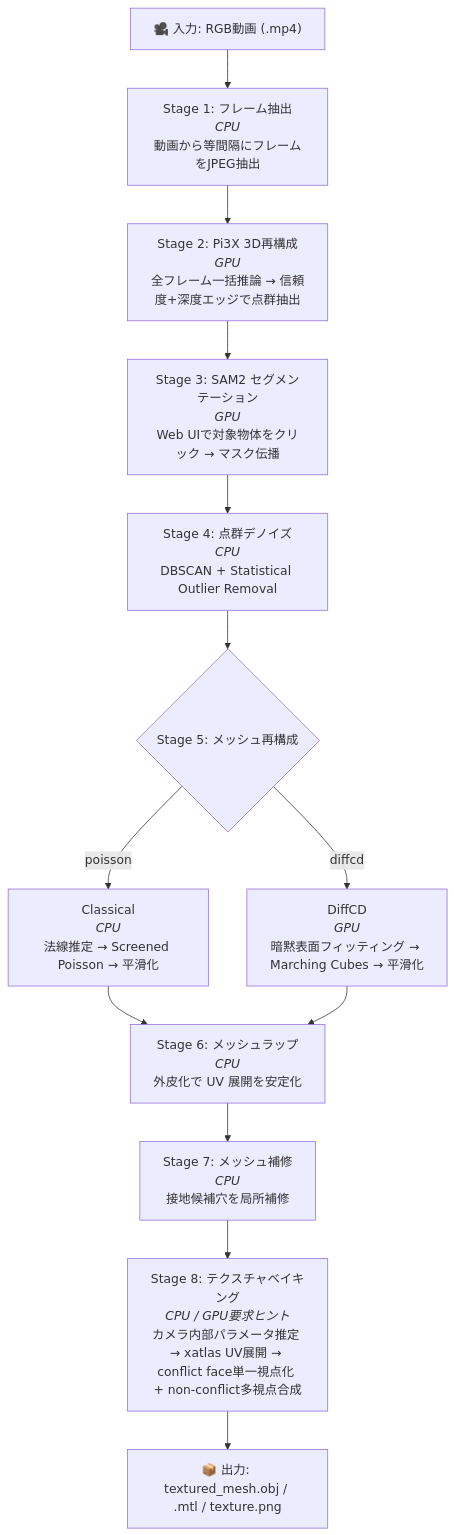
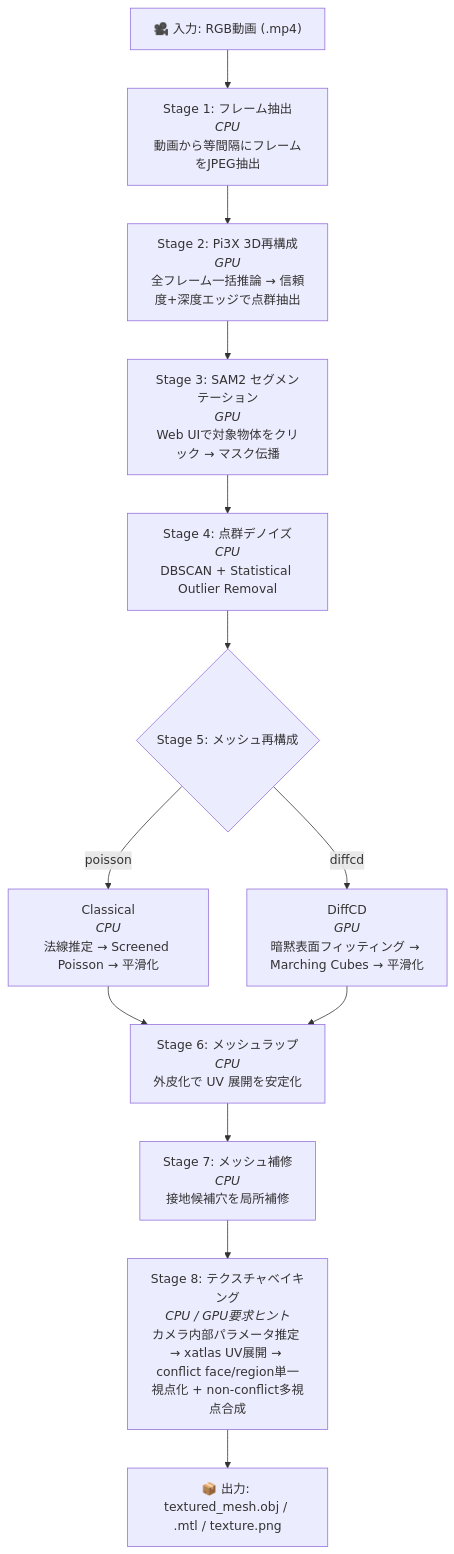
One commit to TANUKIpro/3d-recon-pipeline changed the diagram in README.md. Above: the diagram before and after it, drawn with Mermaid. The commit also changed 15 other files, not shown here.

````diff
--- a/README.md
+++ b/README.md
@@ -9,22 +9,22 @@
 ```mermaid
 graph TD
     INPUT["🎥 入力: RGB動画 (.mp4)"]
     S1["Stage 1: フレーム抽出<br/><i>CPU</i><br/>動画から等間隔にフレームをJPEG抽出"]
     S2["Stage 2: Pi3X 3D再構成<br/><i>GPU</i><br/>全フレーム一括推論 → 信頼度+深度エッジで点群抽出"]
     S3["Stage 3: SAM2 セグメンテーション<br/><i>GPU</i><br/>Web UIで対象物体をクリック → マスク伝播"]
     S4["Stage 4: 点群デノイズ<br/><i>CPU</i><br/>DBSCAN + Statistical Outlier Removal"]
     S5{"Stage 5: メッシュ再構成"}
     S5C["Classical<br/><i>CPU</i><br/>法線推定 → Screened Poisson → 平滑化"]
     S5D["DiffCD<br/><i>GPU</i><br/>暗黙表面フィッティング → Marching Cubes → 平滑化"]
     S6["Stage 6: メッシュラップ<br/><i>CPU</i><br/>外皮化で UV 展開を安定化"]
     S7["Stage 7: メッシュ補修<br/><i>CPU</i><br/>接地候補穴を局所補修"]
-    S8["Stage 8: テクスチャベイキング<br/><i>CPU / GPU要求ヒント</i><br/>カメラ内部パラメータ推定 → xatlas UV展開 → conflict face単一視点化 + non-conflict多視点合成"]
+    S8["Stage 8: テクスチャベイキング<br/><i>CPU / GPU要求ヒント</i><br/>カメラ内部パラメータ推定 → xatlas UV展開 → conflict face/region単一視点化 + non-conflict多視点合成"]
     OUTPUT["📦 出力: textured_mesh.obj / .mtl / texture.png"]
 
     INPUT --> S1 --> S2 --> S3 --> S4 --> S5
     S5 -->|poisson| S5C
     S5 -->|diffcd| S5D
     S5C --> S6
     S5D --> S6
     S6 --> S7 --> S8 --> OUTPUT
 ```
````
